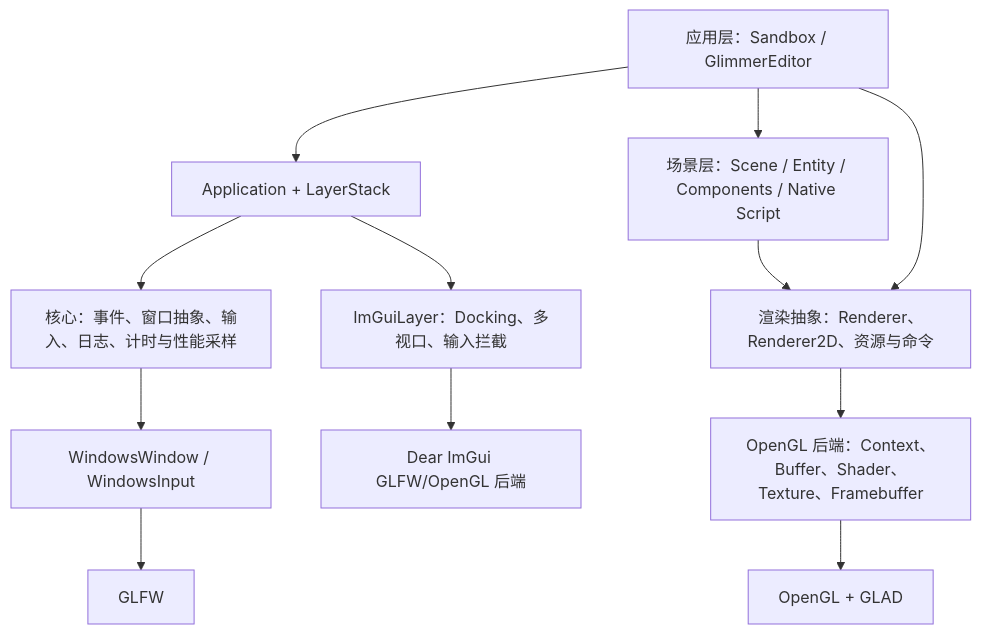
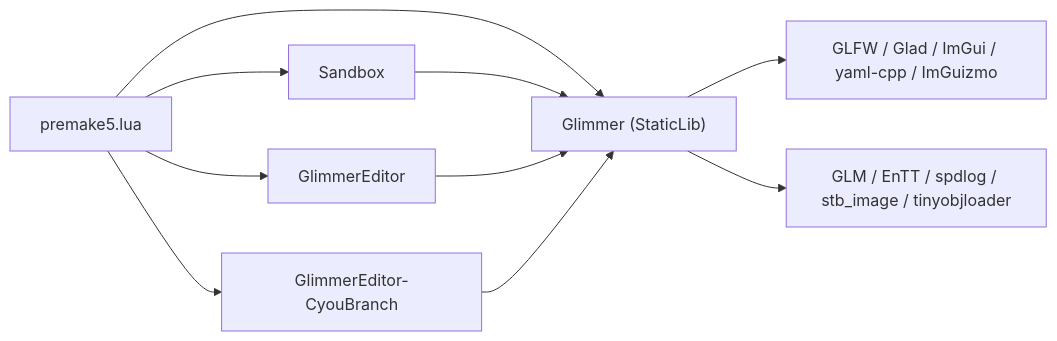
Before and after one commit to Ch1aki7/Glimmer: the first of 7 diagrams in ARCHITECTURE.md, drawn with Mermaid. The commit also changed other lines of this file and 4 other files, not shown here.

````diff
--- a/ARCHITECTURE.md
+++ b/ARCHITECTURE.md
@@ -56,14 +57,12 @@
 ```mermaid
-flowchart TB
-    Apps["应用层：Sandbox / GlimmerEditor"] --> App["Application + LayerStack"]
-    App --> Core["核心：事件、窗口抽象、输入、日志、计时与性能采样"]
-    App --> UI["ImGuiLayer：Docking、多视口、输入拦截"]
-    Apps --> Scene["场景层：Scene / Entity / Components / Native Script"]
-    Scene --> Render["渲染抽象：Renderer、Renderer2D、资源与命令"]
-    Apps --> Render
-    Core --> Win["WindowsWindow / WindowsInput"]
-    Render --> GL["OpenGL 后端：Context、Buffer、Shader、Texture、Framebuffer"]
-    Win --> GLFW["GLFW"]
-    GL --> OpenGL["OpenGL + GLAD"]
-    UI --> ImGui["Dear ImGui GLFW/OpenGL 后端"]
+flowchart LR
+    Premake["premake5.lua"] --> Engine["Glimmer (StaticLib)"]
+    Premake --> Sandbox["Sandbox"]
+    Premake --> Legacy["GlimmerEditor"]
+    Premake --> Editor["GlimmerEditor-CyouBranch"]
+    Sandbox --> Engine
+    Legacy --> Engine
+    Editor --> Engine
+    Engine --> Deps["GLFW / Glad / ImGui / yaml-cpp / ImGuizmo"]
+    Engine --> HeaderDeps["GLM / EnTT / spdlog / stb_image / tinyobjloader"]
 ```
````
